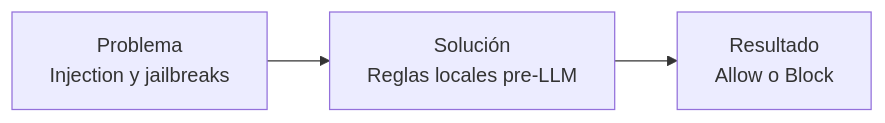
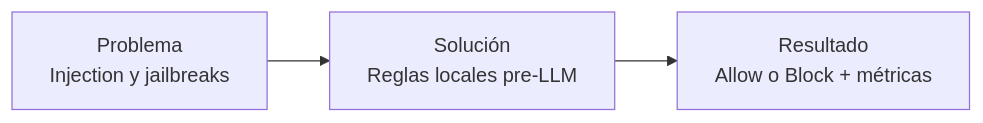
One commit to Angelzaki/prompt-firewall changed the diagram in README.md. Above: the diagram before and after it, drawn with Mermaid. The commit also changed other lines of this file and 18 other files, not shown here.

````diff
--- a/README.md
+++ b/README.md
@@ -16,5 +18,5 @@
 ```mermaid
 flowchart LR
   P[Problema<br/>Injection y jailbreaks] --> S[Solución<br/>Reglas locales pre-LLM]
-  S --> R[Resultado<br/>Allow o Block]
+  S --> R[Resultado<br/>Allow o Block + métricas]
 ```
````
